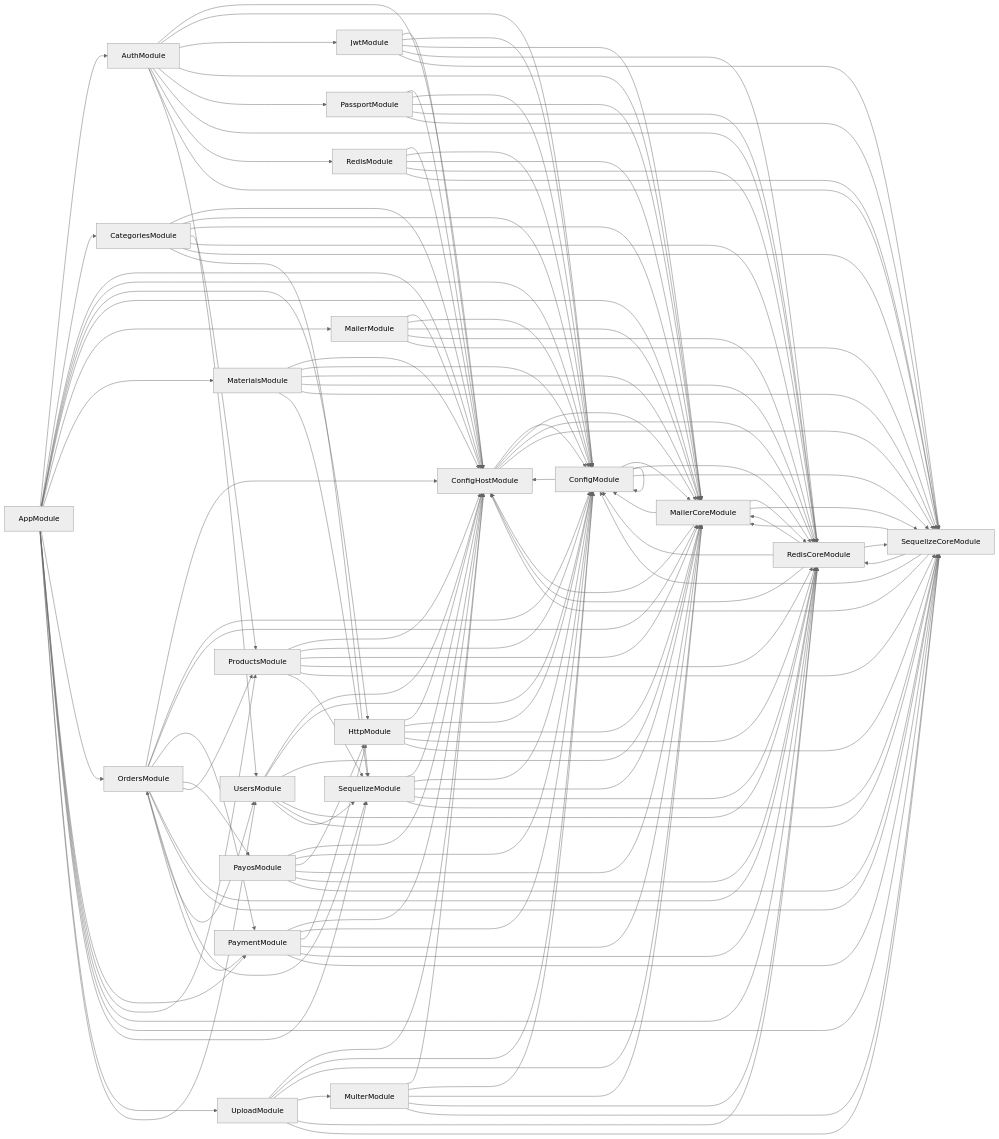
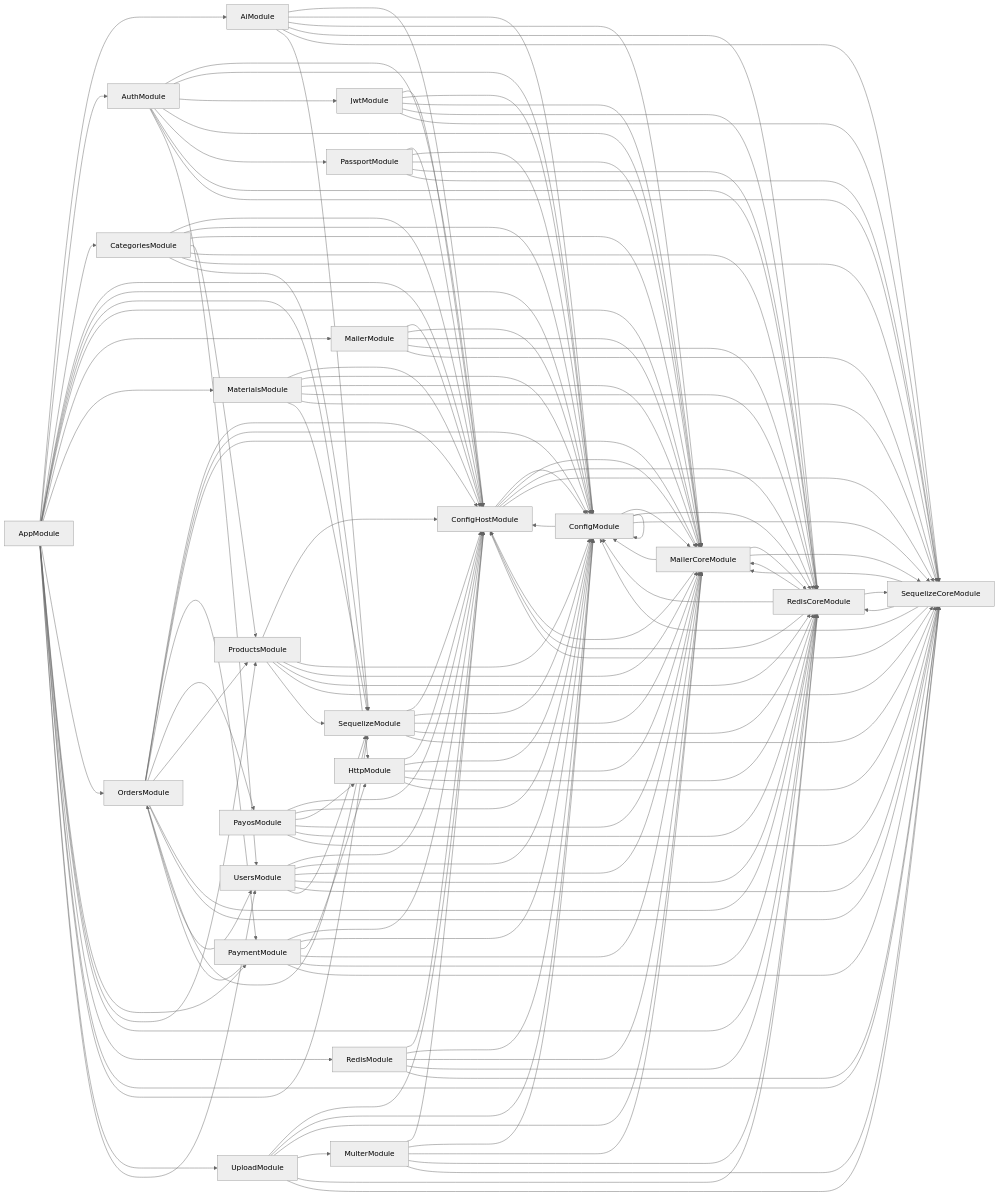
Before and after one commit to csc13001-kafi/csc13001-kafi-server: the diagram in deps.mermaid, drawn with Mermaid (neutral theme). The commit also changed 18 other files, not shown here.

```diff
--- a/deps.mermaid
+++ b/deps.mermaid
@@ -1,136 +1,143 @@
 graph LR
-    AppModule-->AuthModule
+    AiModule-->ConfigHostModule
+  AiModule-->ConfigModule
+  AiModule-->MailerCoreModule
+  AiModule-->RedisCoreModule
+  AiModule-->SequelizeCoreModule
+  AiModule-->SequelizeModule
+  AppModule-->AiModule
+  AppModule-->AuthModule
   AppModule-->CategoriesModule
   AppModule-->ConfigHostModule
   AppModule-->ConfigModule
   AppModule-->HttpModule
   AppModule-->MailerCoreModule
   AppModule-->MailerModule
   AppModule-->MaterialsModule
   AppModule-->OrdersModule
   AppModule-->PaymentModule
   AppModule-->ProductsModule
   AppModule-->RedisCoreModule
+  AppModule-->RedisModule
   AppModule-->SequelizeCoreModule
   AppModule-->SequelizeModule
   AppModule-->UploadModule
   AppModule-->UsersModule
   AuthModule-->ConfigHostModule
   AuthModule-->ConfigModule
   AuthModule-->JwtModule
   AuthModule-->MailerCoreModule
   AuthModule-->PassportModule
   AuthModule-->RedisCoreModule
-  AuthModule-->RedisModule
   AuthModule-->SequelizeCoreModule
   AuthModule-->UsersModule
   CategoriesModule-->ConfigHostModule
   CategoriesModule-->ConfigModule
   CategoriesModule-->MailerCoreModule
   CategoriesModule-->ProductsModule
   CategoriesModule-->RedisCoreModule
   CategoriesModule-->SequelizeCoreModule
   CategoriesModule-->SequelizeModule
   ConfigHostModule-->ConfigModule
   ConfigHostModule-->MailerCoreModule
   ConfigHostModule-->RedisCoreModule
   ConfigHostModule-->SequelizeCoreModule
   ConfigModule-->ConfigHostModule
   ConfigModule-->ConfigModule
   ConfigModule-->MailerCoreModule
   ConfigModule-->RedisCoreModule
   ConfigModule-->SequelizeCoreModule
   HttpModule-->ConfigHostModule
   HttpModule-->ConfigModule
   HttpModule-->MailerCoreModule
   HttpModule-->RedisCoreModule
   HttpModule-->SequelizeCoreModule
   JwtModule-->ConfigHostModule
   JwtModule-->ConfigModule
   JwtModule-->MailerCoreModule
   JwtModule-->RedisCoreModule
   JwtModule-->SequelizeCoreModule
   MailerCoreModule-->ConfigHostModule
   MailerCoreModule-->ConfigModule
   MailerCoreModule-->RedisCoreModule
   MailerCoreModule-->SequelizeCoreModule
   MailerModule-->ConfigHostModule
   MailerModule-->ConfigModule
   MailerModule-->MailerCoreModule
   MailerModule-->RedisCoreModule
   MailerModule-->SequelizeCoreModule
   MaterialsModule-->ConfigHostModule
   MaterialsModule-->ConfigModule
   MaterialsModule-->MailerCoreModule
   MaterialsModule-->RedisCoreModule
   MaterialsModule-->SequelizeCoreModule
   MaterialsModule-->SequelizeModule
   MulterModule-->ConfigHostModule
   MulterModule-->ConfigModule
   MulterModule-->MailerCoreModule
   MulterModule-->RedisCoreModule
   MulterModule-->SequelizeCoreModule
   OrdersModule-->ConfigHostModule
   OrdersModule-->ConfigModule
   OrdersModule-->MailerCoreModule
   OrdersModule-->PaymentModule
   OrdersModule-->PayosModule
   OrdersModule-->ProductsModule
   OrdersModule-->RedisCoreModule
   OrdersModule-->SequelizeCoreModule
   OrdersModule-->SequelizeModule
   OrdersModule-->UsersModule
   PassportModule-->ConfigHostModule
   PassportModule-->ConfigModule
   PassportModule-->MailerCoreModule
   PassportModule-->RedisCoreModule
   PassportModule-->SequelizeCoreModule
   PaymentModule-->ConfigHostModule
   PaymentModule-->ConfigModule
   PaymentModule-->HttpModule
   PaymentModule-->MailerCoreModule
   PaymentModule-->OrdersModule
   PaymentModule-->RedisCoreModule
   PaymentModule-->SequelizeCoreModule
   PayosModule-->ConfigHostModule
   PayosModule-->ConfigModule
   PayosModule-->HttpModule
   PayosModule-->MailerCoreModule
   PayosModule-->RedisCoreModule
   PayosModule-->SequelizeCoreModule
   ProductsModule-->ConfigHostModule
   ProductsModule-->ConfigModule
   ProductsModule-->MailerCoreModule
   ProductsModule-->RedisCoreModule
   ProductsModule-->SequelizeCoreModule
   ProductsModule-->SequelizeModule
   RedisCoreModule-->ConfigHostModule
   RedisCoreModule-->ConfigModule
   RedisCoreModule-->MailerCoreModule
   RedisCoreModule-->SequelizeCoreModule
   RedisModule-->ConfigHostModule
   RedisModule-->ConfigModule
   RedisModule-->MailerCoreModule
   RedisModule-->RedisCoreModule
   RedisModule-->SequelizeCoreModule
   SequelizeCoreModule-->ConfigHostModule
   SequelizeCoreModule-->ConfigModule
   SequelizeCoreModule-->MailerCoreModule
   SequelizeCoreModule-->RedisCoreModule
   SequelizeModule-->ConfigHostModule
   SequelizeModule-->ConfigModule
   SequelizeModule-->MailerCoreModule
   SequelizeModule-->RedisCoreModule
   SequelizeModule-->SequelizeCoreModule
   UploadModule-->ConfigHostModule
   UploadModule-->ConfigModule
   UploadModule-->MailerCoreModule
   UploadModule-->MulterModule
   UploadModule-->RedisCoreModule
   UploadModule-->SequelizeCoreModule
   UsersModule-->ConfigHostModule
   UsersModule-->ConfigModule
   UsersModule-->MailerCoreModule
   UsersModule-->RedisCoreModule
   UsersModule-->SequelizeCoreModule
   UsersModule-->SequelizeModule
```
